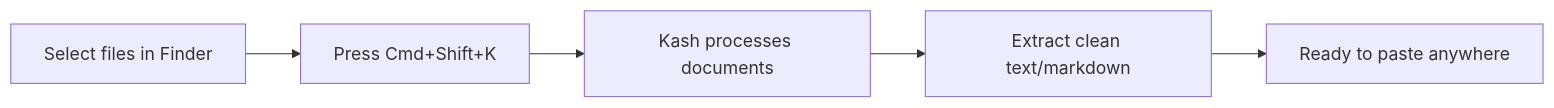
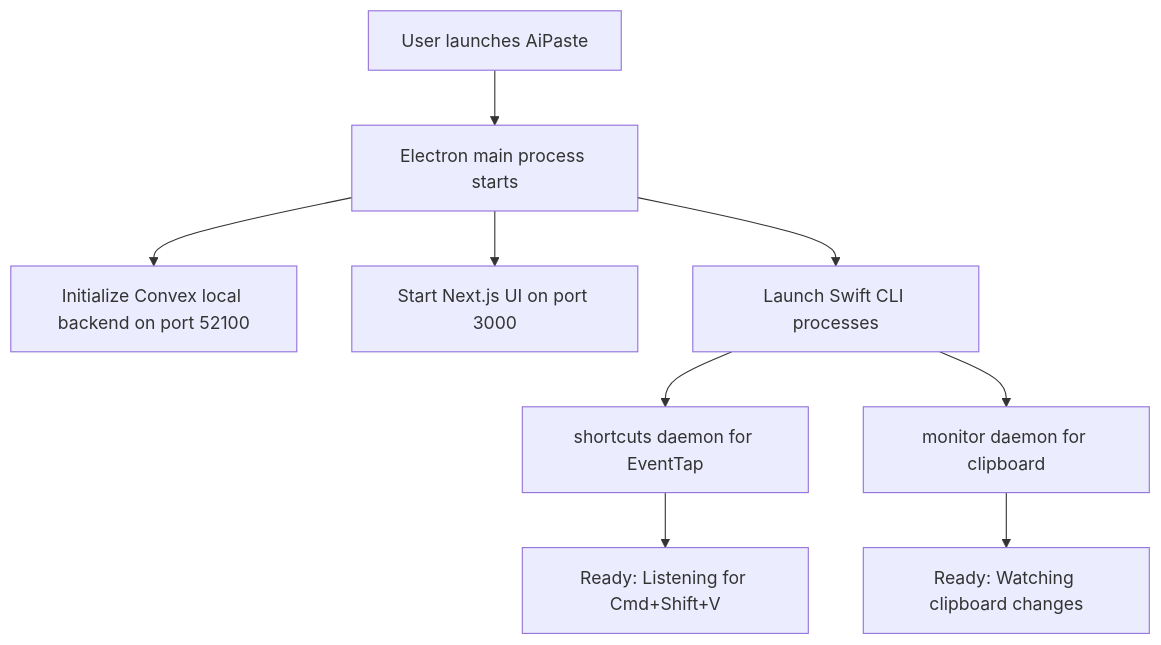
One commit to 4mohdisa/Paster changed the diagram in agent-docs/PROJECT_OVERVIEW.md. Above: the diagram before and after it, drawn with Mermaid. The commit also changed other lines of this file, not shown here.

````diff
--- a/agent-docs/PROJECT_OVERVIEW.md
+++ b/agent-docs/PROJECT_OVERVIEW.md
@@ -33,7 +24,11 @@
 ```mermaid
-graph LR
-    A[Select files in Finder] --> B[Press Cmd+Shift+K]
-    B --> C[Kash processes documents]
-    C --> D[Extract clean text/markdown]
-    D --> E[Ready to paste anywhere]
+graph TD
+    A[User launches AiPaste] --> B[Electron main process starts]
+    B --> C[Initialize Convex local backend on port 52100]
+    B --> D[Start Next.js UI on port 3000]
+    B --> E[Launch Swift CLI processes]
+    E --> F[shortcuts daemon for EventTap]
+    E --> G[monitor daemon for clipboard]
+    F --> H[Ready: Listening for Cmd+Shift+V]
+    G --> I[Ready: Watching clipboard changes]
 ```
````
